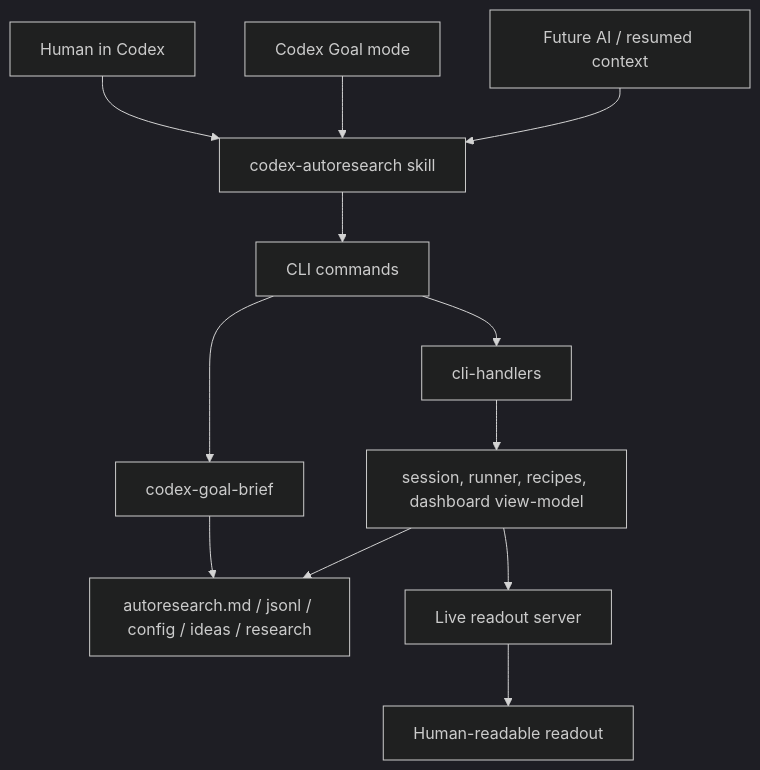
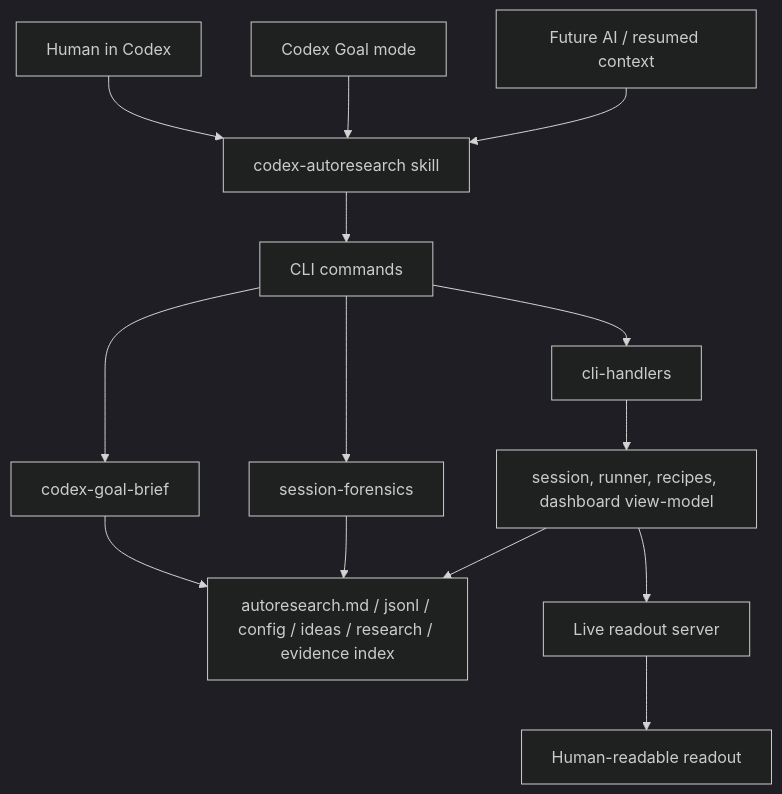
The first of 5 diagrams in plugins/codex-autoresearch/docs/architecture.md (TheGreenCedar/codex-autoresearch), drawn with Mermaid (dark theme) before and after one commit. The commit also changed 18 other files, not shown here.

Commit message:
Add session forensics context capsule

````diff
--- a/plugins/codex-autoresearch/docs/architecture.md
+++ b/plugins/codex-autoresearch/docs/architecture.md
@@ -7,14 +7,16 @@
 ```mermaid
 flowchart TD
   U["Human in Codex"] --> S["codex-autoresearch skill"]
   Goal["Codex Goal mode"] --> S
   A["Future AI / resumed context"] --> S
   S --> CLI["CLI commands"]
   CLI --> GoalBridge["codex-goal-brief"]
+  CLI --> Forensics["session-forensics"]
   CLI --> H["cli-handlers"]
   GoalBridge --> Files
+  Forensics --> Files
   H --> Core["session, runner, recipes, dashboard view-model"]
-  Core --> Files["autoresearch.md / jsonl / config / ideas / research"]
+  Core --> Files["autoresearch.md / jsonl / config / ideas / research / evidence index"]
   Core --> Dash["Live readout server"]
   Dash --> Browser["Human-readable readout"]
 ```
````
